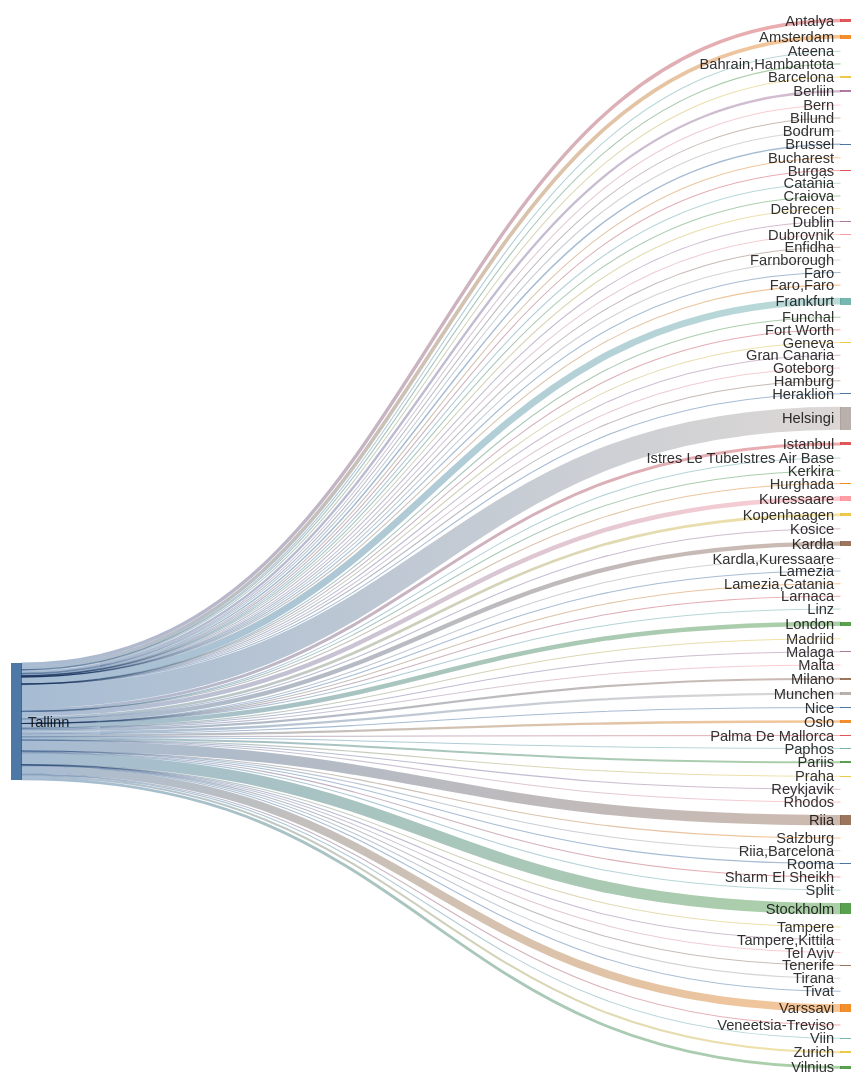
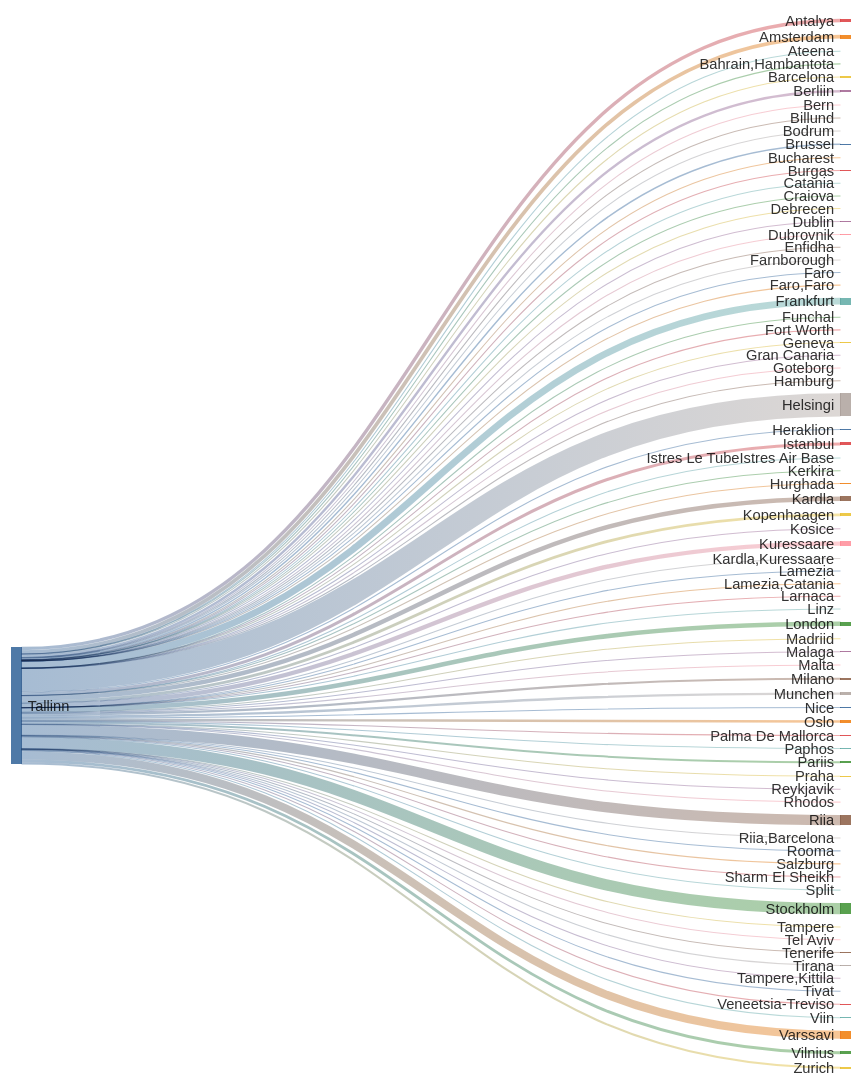
The second of 2 diagrams in README.md (rainermesi/tll-airport-departures), drawn with Mermaid before and after one commit. The commit also changed other lines of this file and 1 other file, not shown here.

````diff
--- a/README.md
+++ b/README.md
@@ -41,16 +41,16 @@
 ---
 sankey-beta
 %% source,target,value
-Tallinn,Amsterdam,455
+Tallinn,Amsterdam,457
 Tallinn,Antalya,416
 Tallinn,Ateena,16
 Tallinn,"Bahrain,Hambantota",1
 Tallinn,Barcelona,127
-Tallinn,Berliin,290
+Tallinn,Berliin,292
 Tallinn,Bern,1
 Tallinn,Billund,73
 Tallinn,Bodrum,11
-Tallinn,Brussel,179
+Tallinn,Brussel,180
 Tallinn,Bucharest,1
 Tallinn,Burgas,53
 Tallinn,Catania,2
@@ -63,59 +63,59 @@
 Tallinn,Faro,4
 Tallinn,"Faro,Faro",1
 Tallinn,Fort Worth,1
-Tallinn,Frankfurt,837
+Tallinn,Frankfurt,840
 Tallinn,Funchal,5
 Tallinn,Geneva,13
 Tallinn,Gran Canaria,38
 Tallinn,Goteborg,2
 Tallinn,Hamburg,2
-Tallinn,Helsingi,2826
+Tallinn,Helsingi,2835
 Tallinn,Heraklion,92
 Tallinn,Hurghada,75
-Tallinn,Istanbul,369
+Tallinn,Istanbul,371
 Tallinn,Istres Le TubeIstres Air Base,2
 Tallinn,Kerkira,4
-Tallinn,Kopenhaagen,335
+Tallinn,Kopenhaagen,337
 Tallinn,Kosice,1
-Tallinn,Kuressaare,536
-Tallinn,Kardla,538
+Tallinn,Kuressaare,538
+Tallinn,Kardla,540
 Tallinn,"Kardla,Kuressaare",1
 Tallinn,Lamezia,1
 Tallinn,"Lamezia,Catania",3
 Tallinn,Larnaca,4
 Tallinn,Linz,2
-Tallinn,London,556
+Tallinn,London,557
 Tallinn,Madriid,3
 Tallinn,Malaga,113
 Tallinn,Malta,27
 Tallinn,Milano,268
-Tallinn,Munchen,283
+Tallinn,Munchen,285
 Tallinn,Nice,48
-Tallinn,Oslo,288
+Tallinn,Oslo,289
 Tallinn,Palma De Mallorca,31
 Tallinn,Paphos,66
-Tallinn,Pariis,243
+Tallinn,Pariis,245
 Tallinn,Praha,80
 Tallinn,Reykjavik,16
-Tallinn,Rhodos,55
-Tallinn,Riia,1270
+Tallinn,Rhodos,56
+Tallinn,Riia,1274
 Tallinn,"Riia,Barcelona",1
 Tallinn,Rooma,80
 Tallinn,Salzburg,14
 Tallinn,Sharm El Sheikh,101
 Tallinn,Split,49
-Tallinn,Stockholm,1391
+Tallinn,Stockholm,1395
 Tallinn,Tampere,17
 Tallinn,"Tampere,Kittila",21
 Tallinn,Tel Aviv,2
 Tallinn,Tenerife,58
-Tallinn,Tirana,29
-Tallinn,Tivat,60
-Tallinn,Varssavi,976
+Tallinn,Tirana,30
+Tallinn,Tivat,61
+Tallinn,Varssavi,979
 Tallinn,Veneetsia-Treviso,67
 Tallinn,Viin,106
-Tallinn,Vilnius,351
-Tallinn,Zurich,249
+Tallinn,Vilnius,353
+Tallinn,Zurich,250
 
 
 ```
````
